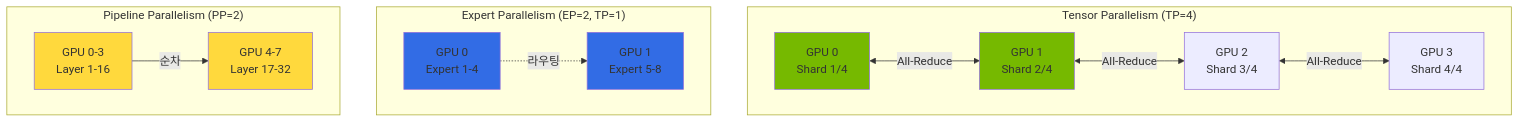
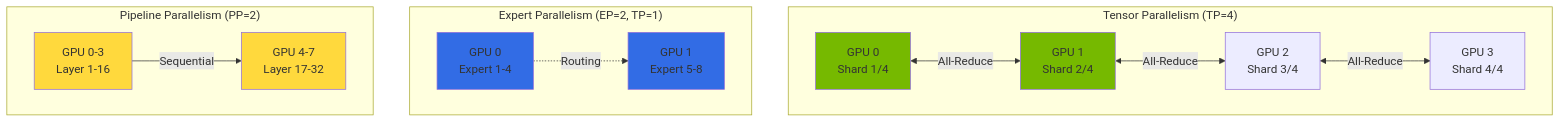
One commit to devfloor9/engineering-playbook changed the third of 6 diagrams in docs/agentic-ai-platform/model-serving/inference-frameworks/moe-model-serving.md. Above: the diagram before and after it, drawn with Mermaid. The commit also changed other lines of this file and 954 other files, not shown here.

````diff
--- a/docs/agentic-ai-platform/model-serving/inference-frameworks/moe-model-serving.md
+++ b/docs/agentic-ai-platform/model-serving/inference-frameworks/moe-model-serving.md
@@ -176,31 +176,31 @@
 ```mermaid
 flowchart TB
     subgraph TP["Tensor Parallelism (TP=4)"]
         TP1[GPU 0<br/>Shard 1/4]
         TP2[GPU 1<br/>Shard 2/4]
         TP3[GPU 2<br/>Shard 3/4]
         TP4[GPU 3<br/>Shard 4/4]
         TP1 <-->|All-Reduce| TP2
         TP2 <-->|All-Reduce| TP3
         TP3 <-->|All-Reduce| TP4
     end
 
     subgraph EP["Expert Parallelism (EP=2, TP=1)"]
         EP1[GPU 0<br/>Expert 1-4]
         EP2[GPU 1<br/>Expert 5-8]
-        EP1 -.->|라우팅| EP2
+        EP1 -.->|Routing| EP2
     end
 
     subgraph PP["Pipeline Parallelism (PP=2)"]
         PP1[GPU 0-3<br/>Layer 1-16]
         PP2[GPU 4-7<br/>Layer 17-32]
-        PP1 -->|순차| PP2
+        PP1 -->|Sequential| PP2
     end
 
     style TP1 fill:#76b900
     style TP2 fill:#76b900
     style EP1 fill:#326ce5
     style EP2 fill:#326ce5
     style PP1 fill:#ffd93d
     style PP2 fill:#ffd93d
 ```
````
